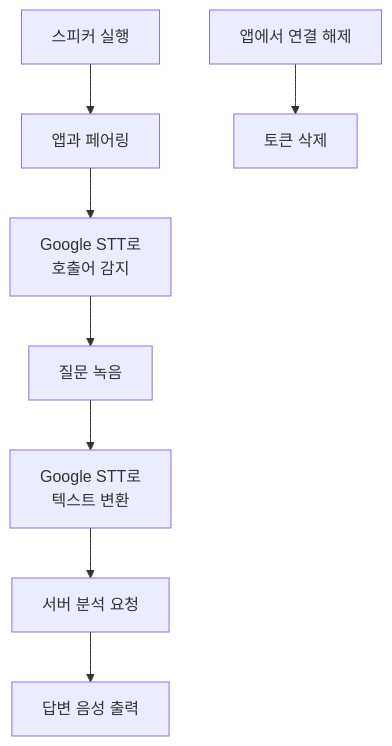
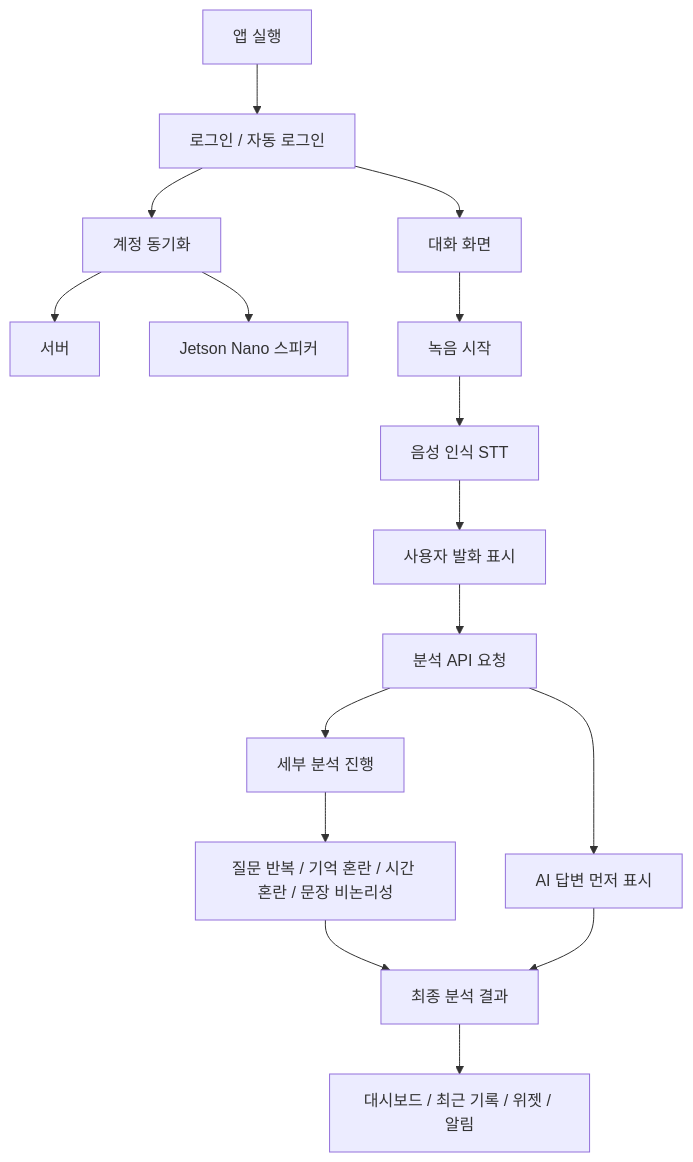
Before and after one commit to chocomuse/drgnuspeaker: the diagram in README.md, drawn with Mermaid.

````diff
--- a/README.md
+++ b/README.md
@@ -1,11 +1,22 @@
 ```mermaid
 flowchart TD
-    A["스피커 실행"] --> B["앱과 페어링"]
-    B --> C["Google STT로<br/>호출어 감지"]
-    C --> D["질문 녹음"]
-    D --> E["Google STT로<br/>텍스트 변환"]
-    E --> F["서버 분석 요청"]
-    F --> G["답변 음성 출력"]
+    A["앱 실행"] --> B["로그인 / 자동 로그인"]
+    B --> C["계정 동기화"]
+    C --> D["서버"]
+    C --> E["Jetson Nano 스피커"]
 
-    H["앱에서 연결 해제"] --> I["토큰 삭제"]
+    B --> F["대화 화면"]
+    F --> G["녹음 시작"]
+    G --> H["음성 인식 STT"]
+    H --> I["사용자 발화 표시"]
+
+    I --> J["분석 API 요청"]
+    J --> K["AI 답변 먼저 표시"]
+    J --> L["세부 분석 진행"]
+
+    L --> M["질문 반복 / 기억 혼란 / 시간 혼란 / 문장 비논리성"]
+    M --> N["최종 분석 결과"]
+
+    K --> N
+    N --> O["대시보드 / 최근 기록 / 위젯 / 알림"]
 ```
````
